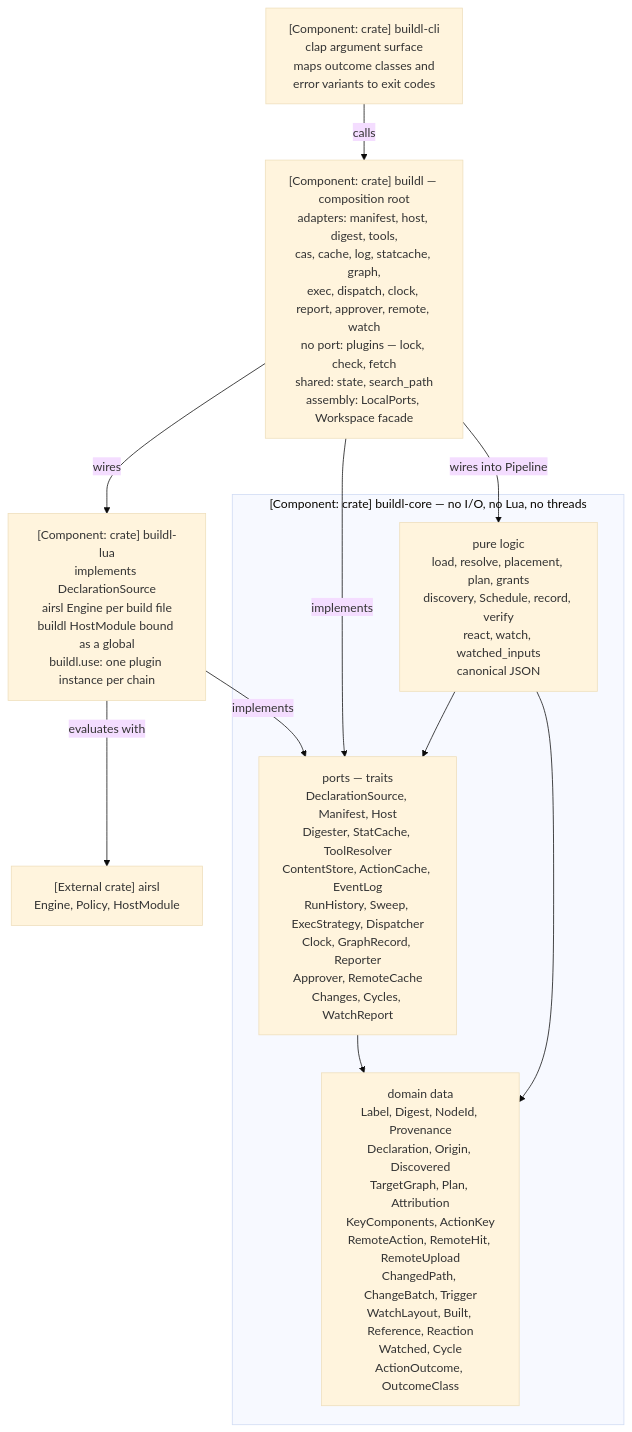
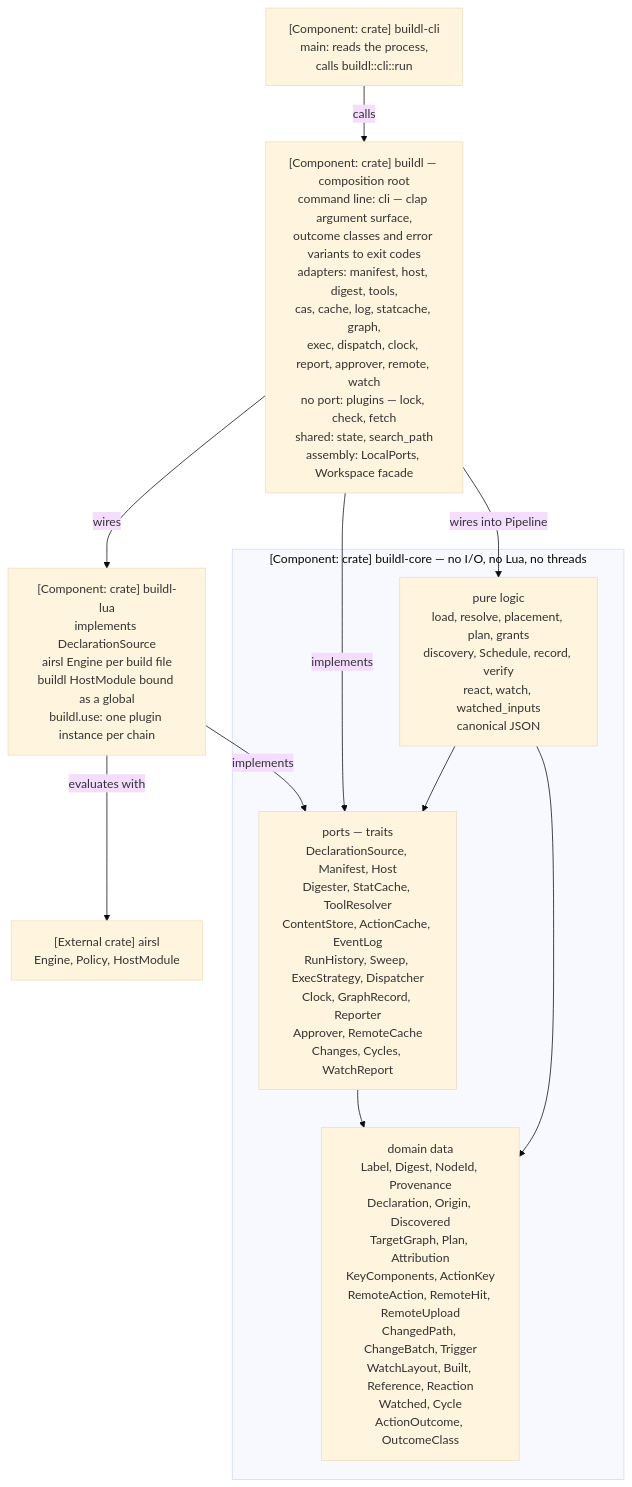
One commit to airsstack/buildl changed the fifth of 7 diagrams in book/src/ch11-03-four-crates.md. Above: the diagram before and after it, drawn with Mermaid (base theme). The commit also changed other lines of this file and 4 other files, not shown here.

Commit message:
docs(repo): place the command line in buildl in the book

````diff
--- a/book/src/ch11-03-four-crates.md
+++ b/book/src/ch11-03-four-crates.md
@@ -165,22 +165,22 @@
 ```mermaid
 %% C4 level 3 — components inside the CLI process
 graph TD
-    CLI["[Component: crate] buildl-cli<br/>clap argument surface<br/>maps outcome classes and<br/>error variants to exit codes"]
-    LIB["[Component: crate] buildl — composition root<br/>adapters: manifest, host, digest, tools,<br/>cas, cache, log, statcache, graph,<br/>exec, dispatch, clock, report, approver, remote, watch<br/>no port: plugins — lock, check, fetch<br/>shared: state, search_path<br/>assembly: LocalPorts, Workspace facade"]
+    CLI["[Component: crate] buildl-cli<br/>main: reads the process,<br/>calls buildl::cli::run"]
+    LIB["[Component: crate] buildl — composition root<br/>command line: cli — clap argument surface,<br/>outcome classes and error variants to exit codes<br/>adapters: manifest, host, digest, tools,<br/>cas, cache, log, statcache, graph,<br/>exec, dispatch, clock, report, approver, remote, watch<br/>no port: plugins — lock, check, fetch<br/>shared: state, search_path<br/>assembly: LocalPorts, Workspace facade"]
     LUA["[Component: crate] buildl-lua<br/>implements DeclarationSource<br/>airsl Engine per build file<br/>buildl HostModule bound as a global<br/>buildl.use: one plugin instance per chain"]
     subgraph CORE["[Component: crate] buildl-core — no I/O, no Lua, no threads"]
         DATA["domain data<br/>Label, Digest, NodeId, Provenance<br/>Declaration, Origin, Discovered<br/>TargetGraph, Plan, Attribution<br/>KeyComponents, ActionKey<br/>RemoteAction, RemoteHit, RemoteUpload<br/>ChangedPath, ChangeBatch, Trigger<br/>WatchLayout, Built, Reference, Reaction<br/>Watched, Cycle<br/>ActionOutcome, OutcomeClass"]
         PORTS["ports — traits<br/>DeclarationSource, Manifest, Host<br/>Digester, StatCache, ToolResolver<br/>ContentStore, ActionCache, EventLog<br/>RunHistory, Sweep, ExecStrategy, Dispatcher<br/>Clock, GraphRecord, Reporter<br/>Approver, RemoteCache<br/>Changes, Cycles, WatchReport"]
         LOGIC["pure logic<br/>load, resolve, placement, plan, grants<br/>discovery, Schedule, record, verify<br/>react, watch, watched_inputs<br/>canonical JSON"]
     end
     AIRSL["[External crate] airsl<br/>Engine, Policy, HostModule"]
     CLI -->|"calls"| LIB
     LIB -->|"wires"| LUA
     LIB -->|"implements"| PORTS
     LIB -->|"wires into Pipeline"| LOGIC
     LUA -->|"implements"| PORTS
     LUA -->|"evaluates with"| AIRSL
     LOGIC --> PORTS
     LOGIC --> DATA
     PORTS --> DATA
 ```
````
